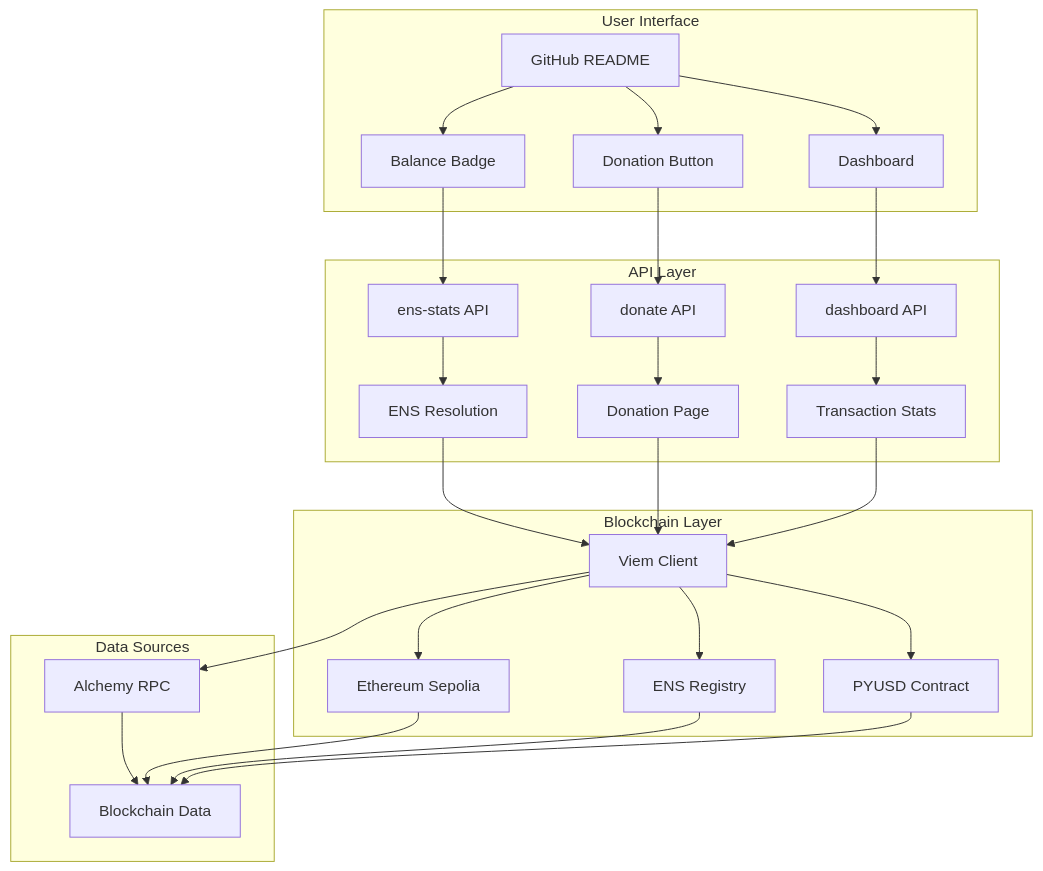
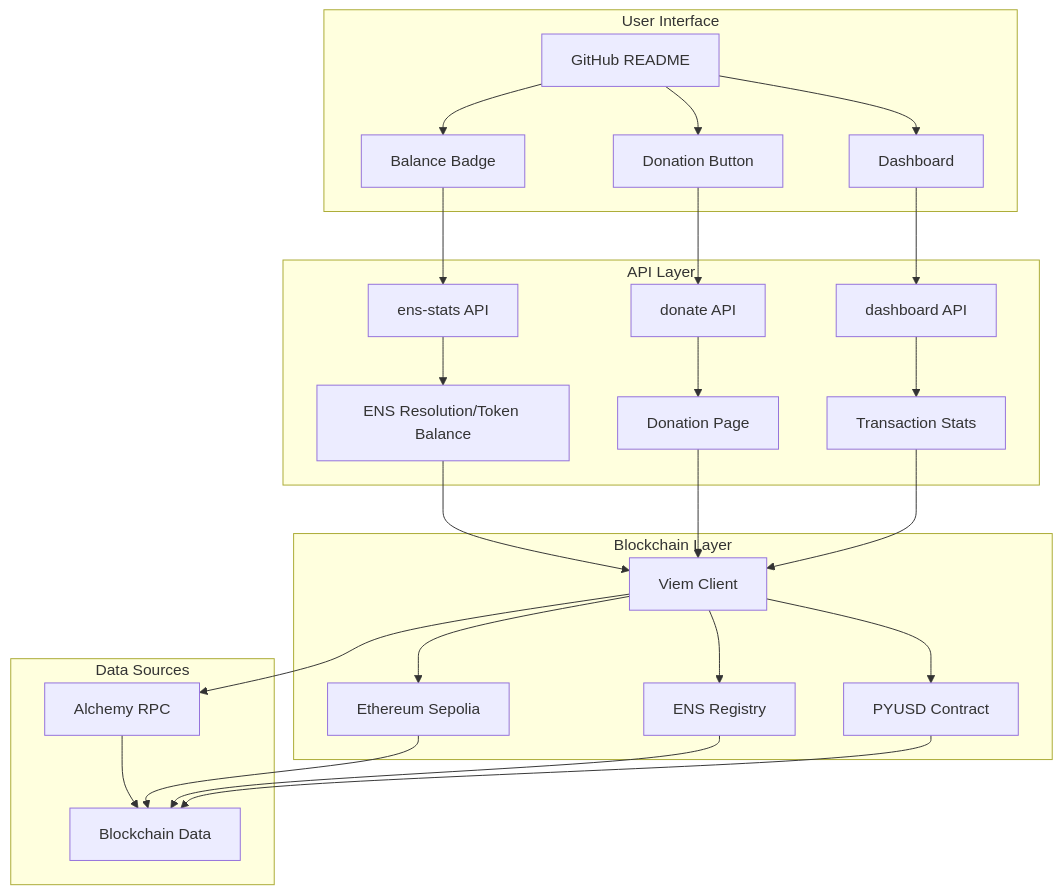
One commit to Shevxer/Gitpay changed the diagram in README.md. Above: the diagram before and after it, drawn with Mermaid.

````diff
--- a/README.md
+++ b/README.md
@@ -187,37 +187,37 @@
 ```mermaid
 graph TB
     subgraph "User Interface"
         A[GitHub README] --> B[Balance Badge]
         A --> C[Donation Button]
         A --> D[Dashboard]
     end
     
     subgraph "API Layer"
-        E[ens-stats API] --> F[ENS Resolution]
+        E[ens-stats API] --> F[ENS Resolution/Token Balance]
         G[donate API] --> H[Donation Page]
         I[dashboard API] --> J[Transaction Stats]
     end
     
     subgraph "Blockchain Layer"
         M[Viem Client] --> N[Ethereum Sepolia]
         M --> O[ENS Registry]
         M --> P[PYUSD Contract]
     end
     
     subgraph "Data Sources"
         Q[Alchemy RPC] --> R[Blockchain Data]
     end
     
     B --> E
     C --> G
     D --> I
     
     F --> M
     H --> M
     J --> M
     
     M --> Q
     N --> R
     O --> R
     P --> R
 ```
````
